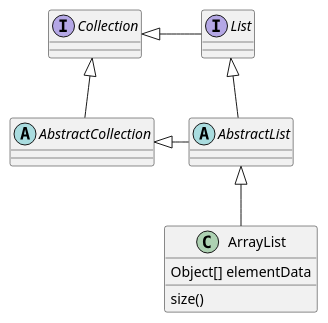
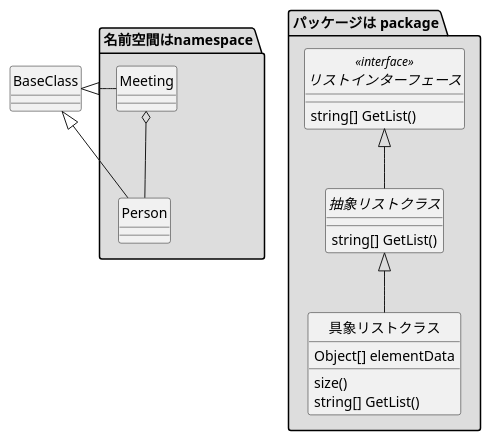
One commit to mtk57/PublicMemo changed the diagram in PlantUML/Class/cls02.pu. Above: the diagram before and after it, drawn with PlantUML.

```diff
--- a/PlantUML/Class/cls02.pu
+++ b/PlantUML/Class/cls02.pu
@@ -1,20 +1,32 @@
 @startuml クラス図 2
 
-abstract class AbstractList
-abstract AbstractCollection
-interface List
-interface Collection
+'クラスのアイコン表示をやめる
+hide circle
 
-List <|-- AbstractList
-Collection <|-- AbstractCollection
+package "パッケージは package" #DDDDDD {
+  interface リストインターフェース <<interface>>{
+    string[] GetList()
+  }
+  
+  abstract class 抽象リストクラス{
+    string[] GetList()
+  }
 
-Collection <|- List
-AbstractCollection <|- AbstractList
-AbstractList <|-- ArrayList
+  class 具象リストクラス {
+    Object[] elementData
+    size()
+    string[] GetList()
+  }
 
-class ArrayList {
-  Object[] elementData
-  size()
+  リストインターフェース <|-- 抽象リストクラス
+  抽象リストクラス <|-- 具象リストクラス
+}
+
+namespace 名前空間はnamespace #DDDDDD {
+	.BaseClass <|-- Person
+	Meeting o-- Person
+	
+	.BaseClass <|- Meeting
 }
 
 @enduml
```
